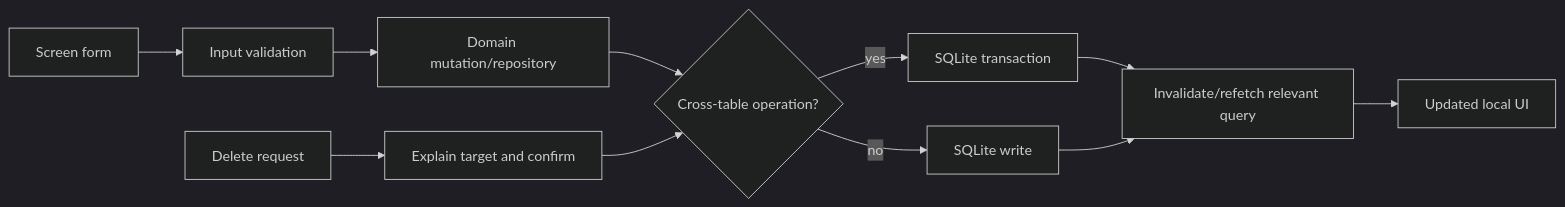
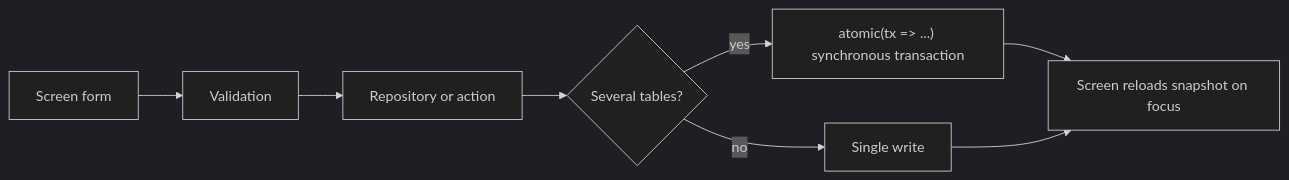
Before and after one commit to aashu035/UniOS: the third of 4 diagrams in docs/architecture/ARCHITECTURE.md, drawn with Mermaid (dark theme). The commit also changed other lines of this file and 12 other files, not shown here.

````diff
--- a/docs/architecture/ARCHITECTURE.md
+++ b/docs/architecture/ARCHITECTURE.md
@@ -100,14 +94,10 @@
 ```mermaid
 flowchart LR
-    Form[Screen form] --> Validation[Input validation]
-    Validation --> Mutation[Domain mutation/repository]
-    Mutation --> Transaction{Cross-table operation?}
-    Transaction -- yes --> DbTransaction[SQLite transaction]
-    Transaction -- no --> DbWrite[SQLite write]
-    DbTransaction --> QueryInvalidation[Invalidate/refetch relevant query]
-    DbWrite --> QueryInvalidation
-    QueryInvalidation --> UpdatedUI[Updated local UI]
-
-    Delete[Delete request] --> Confirm[Explain target and confirm]
-    Confirm --> Transaction
+    Form[Screen form] --> Validate[Validation]
+    Validate --> Action[Repository or action]
+    Action --> Atomic{"Several tables?"}
+    Atomic -- yes --> Tx["atomic(tx => ...) synchronous transaction"]
+    Atomic -- no --> Write[Single write]
+    Tx --> Reload[Screen reloads snapshot on focus]
+    Write --> Reload
 ```
````
